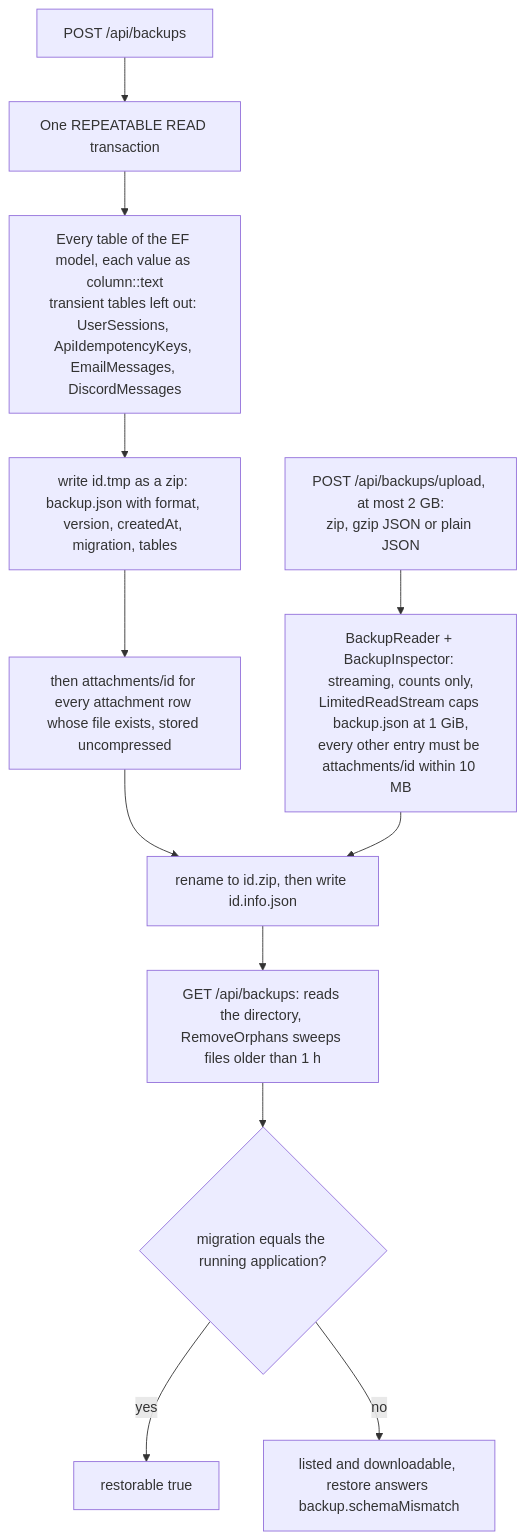
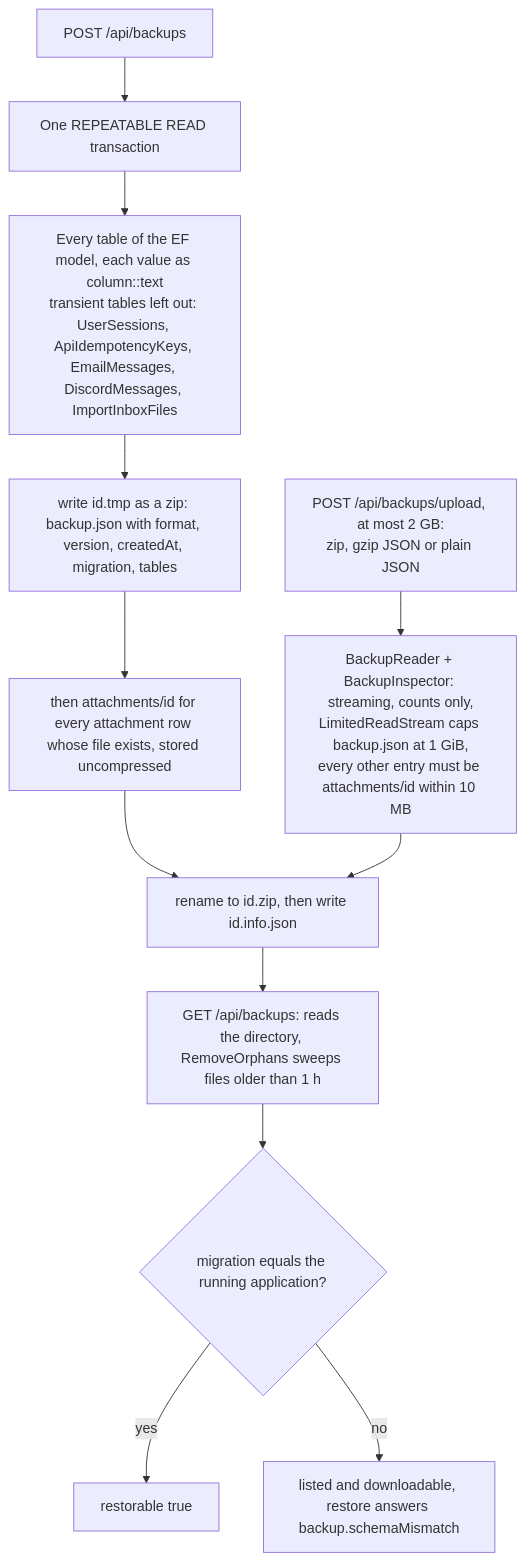
The first of 2 diagrams in docs/features/backup-and-restore.md (Justxs/Jx-Finance), drawn with Mermaid before and after one commit. The commit also changed other lines of this file and 96 other files, not shown here.

Commit message:
feat(imports): turn statements dropped in an inbox folder into waiting import reviews

````diff
--- a/docs/features/backup-and-restore.md
+++ b/docs/features/backup-and-restore.md
@@ -19,14 +19,14 @@
 ```mermaid
 flowchart TD
     Take["POST /api/backups"] --> Snap["One REPEATABLE READ transaction"]
-    Snap --> Tables["Every table of the EF model, each value as column::text<br/>transient tables left out: UserSessions, ApiIdempotencyKeys, EmailMessages, DiscordMessages"]
+    Snap --> Tables["Every table of the EF model, each value as column::text<br/>transient tables left out: UserSessions, ApiIdempotencyKeys, EmailMessages, DiscordMessages, ImportInboxFiles"]
     Tables --> Tmp["write id.tmp as a zip: backup.json with format, version, createdAt, migration, tables"]
     Tmp --> Files["then attachments/id for every attachment row whose file exists, stored uncompressed"]
     Files --> Rename["rename to id.zip, then write id.info.json"]
     Upload["POST /api/backups/upload, at most 2 GB:<br/>zip, gzip JSON or plain JSON"] --> Inspect["BackupReader + BackupInspector: streaming, counts only,<br/>LimitedReadStream caps backup.json at 1 GiB,<br/>every other entry must be attachments/id within 10 MB"]
     Inspect --> Rename
     Rename --> List["GET /api/backups: reads the directory, RemoveOrphans sweeps files older than 1 h"]
     List --> Flag{"migration equals the running application?"}
     Flag -->|"yes"| Restorable["restorable true"]
     Flag -->|"no"| NotRestorable["listed and downloadable, restore answers backup.schemaMismatch"]
 ```
````
